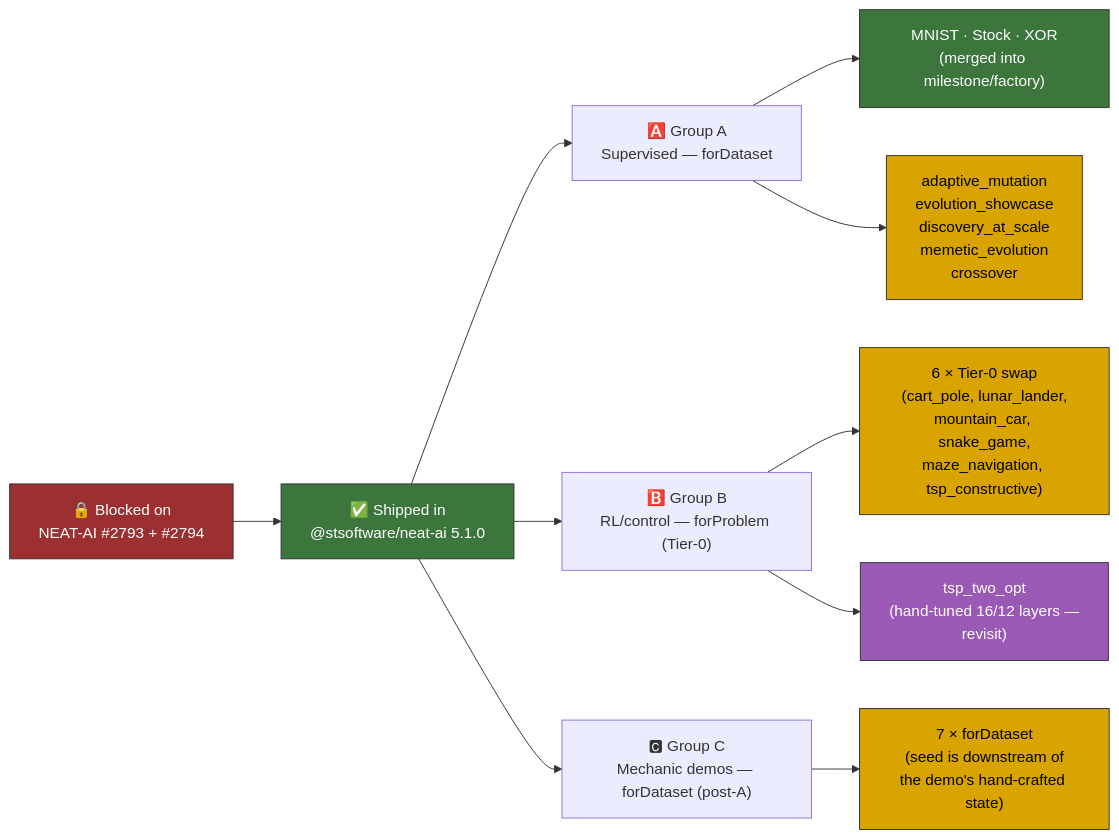
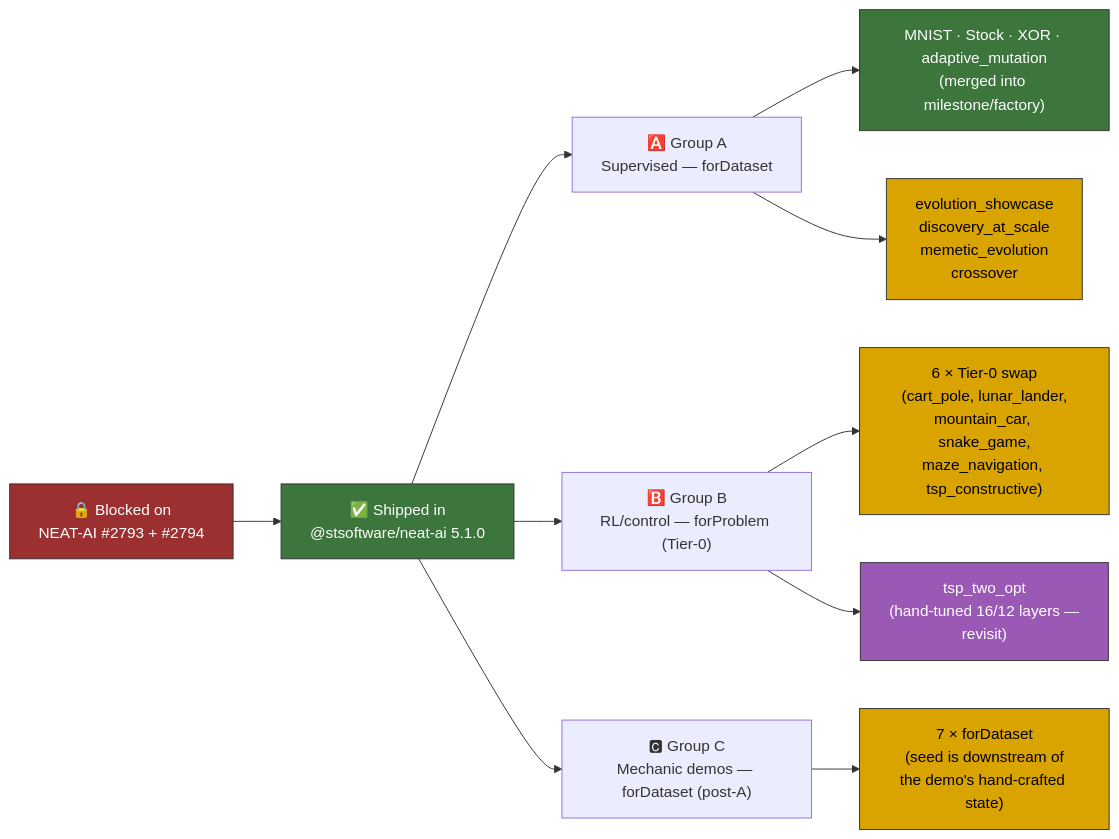
One commit to stSoftwareAU/NEAT-AI-Examples changed the diagram in docs/factory_adoption.md. Above: the diagram before and after it, drawn with Mermaid. The commit also changed other lines of this file and 7 other files, not shown here.

First line of the commit message:
adaptive_mutation: build the initial creature via the NEAT-AI factory (#533)

````diff
--- a/docs/factory_adoption.md
+++ b/docs/factory_adoption.md
@@ -107,23 +107,23 @@
 ```mermaid
 flowchart LR
     BLOCK["🔒 Blocked on<br/>NEAT-AI #2793 + #2794"] --> SHIP["✅ Shipped in<br/>@stsoftware/neat-ai 5.1.0"]
     SHIP --> A["🅰️ Group A<br/>Supervised — forDataset"]
     SHIP --> B["🅱️ Group B<br/>RL/control — forProblem (Tier-0)"]
     SHIP --> C["🅲 Group C<br/>Mechanic demos — forDataset (post-A)"]
 
-    A --> A_DONE["MNIST · Stock · XOR<br/>(merged into milestone/factory)"]
-    A --> A_TODO["adaptive_mutation<br/>evolution_showcase<br/>discovery_at_scale<br/>memetic_evolution<br/>crossover"]
+    A --> A_DONE["MNIST · Stock · XOR · adaptive_mutation<br/>(merged into milestone/factory)"]
+    A --> A_TODO["evolution_showcase<br/>discovery_at_scale<br/>memetic_evolution<br/>crossover"]
 
     B --> B_TIER0["6 × Tier-0 swap<br/>(cart_pole, lunar_lander,<br/>mountain_car, snake_game,<br/>maze_navigation, tsp_constructive)"]
     B --> B_DEFER["tsp_two_opt<br/>(hand-tuned 16/12 layers —<br/>revisit)"]
 
     C --> C_FORDATASET["7 × forDataset<br/>(seed is downstream of<br/>the demo's hand-crafted state)"]
 
     style BLOCK fill:#9c3030,stroke:#333,color:#fff
     style SHIP fill:#3c763d,stroke:#333,color:#fff
     style A_DONE fill:#3c763d,stroke:#333,color:#fff
     style A_TODO fill:#d9a300,stroke:#333,color:#000
     style B_TIER0 fill:#d9a300,stroke:#333,color:#000
     style B_DEFER fill:#9b59b6,stroke:#333,color:#fff
     style C_FORDATASET fill:#d9a300,stroke:#333,color:#000
 ```
````
